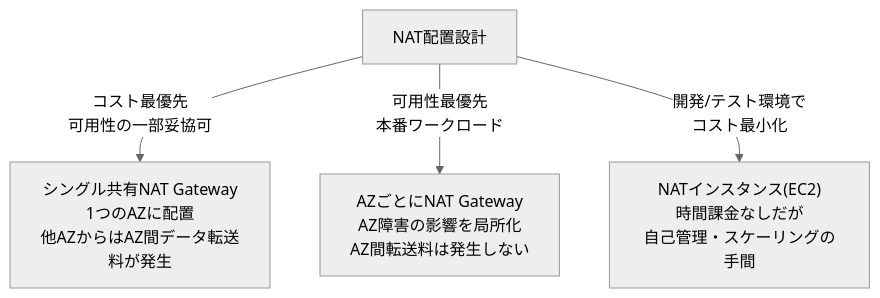
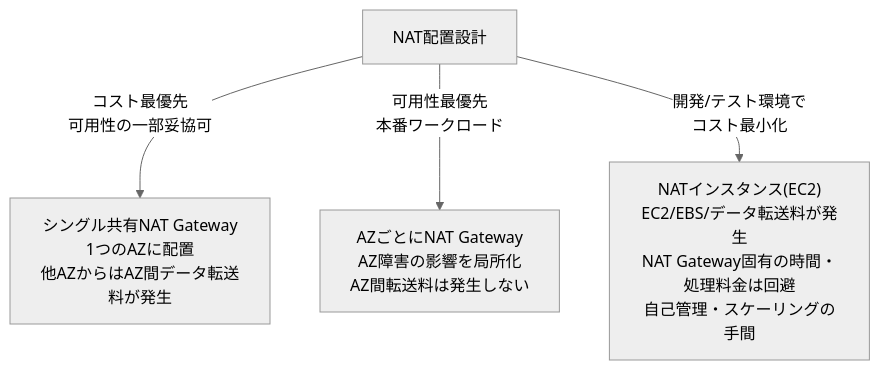
Diagram 23 of 29 in AWS-Certified-Solutions-Architect-Associate-Domain4.md (myoshi2891/Cloud-Infrastructure-Studies), drawn with Mermaid (neutral theme) before and after one commit.

Commit message:
docs(aws): correct NAT instance cost label

````diff
--- a/AWS-Certified-Solutions-Architect-Associate-Domain4.md
+++ b/AWS-Certified-Solutions-Architect-Associate-Domain4.md
@@ -566,7 +566,7 @@
 ```mermaid
 flowchart TD
     Design["NAT配置設計"]
     Design -->|コスト最優先<br/>可用性の一部妥協可| Single["シングル共有NAT Gateway<br/>1つのAZに配置<br/>他AZからはAZ間データ転送料が発生"]
     Design -->|可用性最優先<br/>本番ワークロード| PerAZ["AZごとにNAT Gateway<br/>AZ障害の影響を局所化<br/>AZ間転送料は発生しない"]
-    Design -->|開発/テスト環境で<br/>コスト最小化| NATInstance["NATインスタンス(EC2)<br/>時間課金なしだが<br/>自己管理・スケーリングの手間"]
+    Design -->|開発/テスト環境で<br/>コスト最小化| NATInstance["NATインスタンス(EC2)<br/>EC2/EBS/データ転送料が発生<br/>NAT Gateway固有の時間・処理料金は回避<br/>自己管理・スケーリングの手間"]
 ```
````
